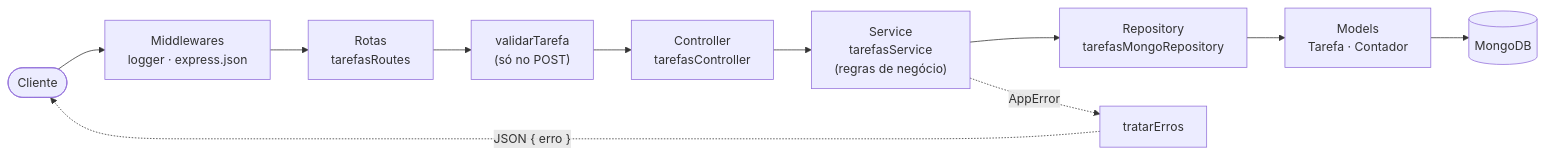
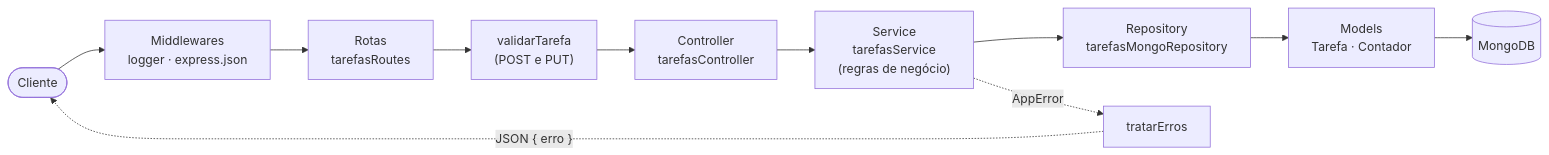
Before and after one commit to philoDu/ProjetoFinal_Modulo5: the diagram in README.md, drawn with Mermaid. The commit also changed other lines of this file and 1 other file, not shown here.

````diff
--- a/README.md
+++ b/README.md
@@ -398,13 +498,13 @@
 ```mermaid
 flowchart LR
     C([Cliente]) --> M["Middlewares<br/>logger · express.json"]
     M --> R["Rotas<br/>tarefasRoutes"]
-    R --> V["validarTarefa<br/>(só no POST)"]
+    R --> V["validarTarefa<br/>(POST e PUT)"]
     V --> CT["Controller<br/>tarefasController"]
     CT --> S["Service<br/>tarefasService<br/>(regras de negócio)"]
     S --> RP["Repository<br/>tarefasMongoRepository"]
     RP --> MD["Models<br/>Tarefa · Contador"]
     MD --> DB[(MongoDB)]
     S -. "AppError" .-> E["tratarErros"]
     E -. "JSON { erro }" .-> C
 ```
````
